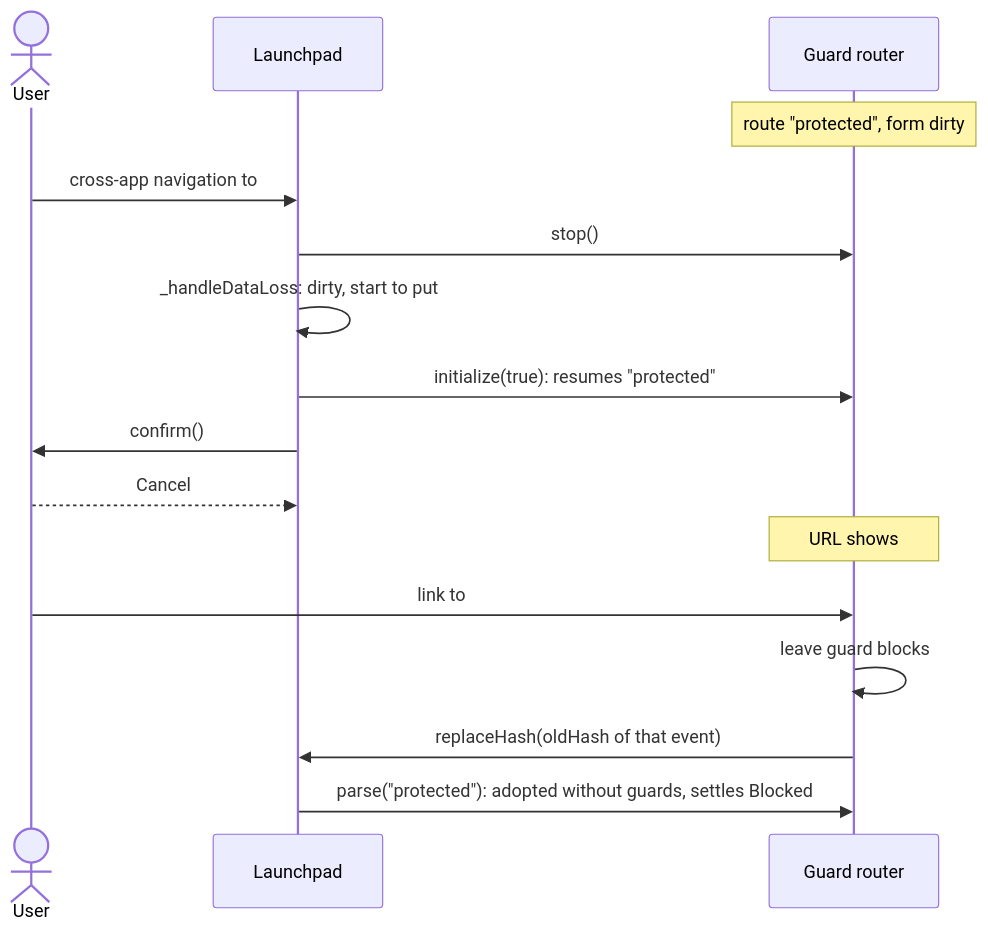
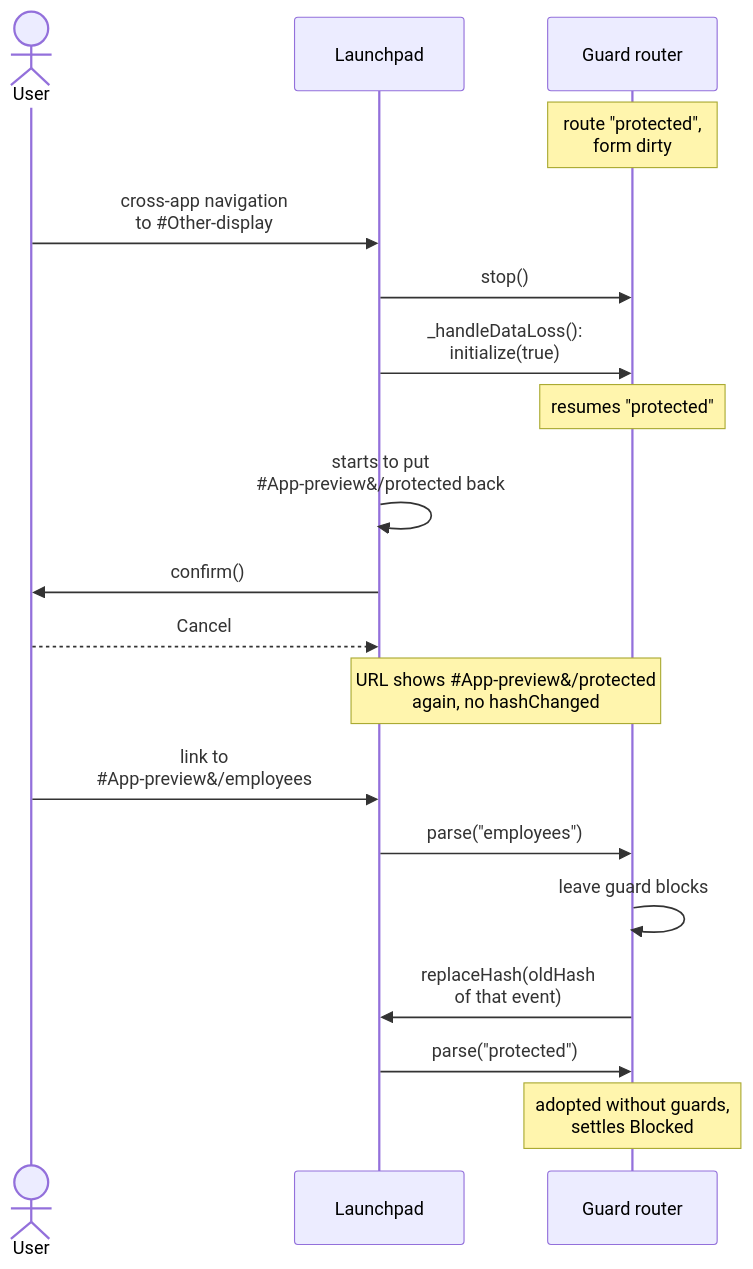
Before and after one commit to wridgeu/ui5-lib-guard-router: the eighth of 12 diagrams in docs/reference/architecture.md, drawn with Mermaid. The commit also changed other lines of this file and 6 other files, not shown here.

First line of the commit message:
docs: draw the diagrams narrow, one case each, and colour the overview

````diff
--- a/docs/reference/architecture.md
+++ b/docs/reference/architecture.md
@@ -853,18 +841,21 @@
 ```mermaid
 sequenceDiagram
     actor User
     participant Shell as Launchpad
     participant Router as Guard router
-    Note over Router: route "protected", form dirty
-    User->>Shell: cross-app navigation to #Other-display
+    Note over Router: route "protected",<br/>form dirty
+    User->>Shell: cross-app navigation<br/>to #35;Other-display
     Shell->>Router: stop()
-    Shell->>Shell: _handleDataLoss: dirty, start to put #App-preview&/protected back
-    Shell->>Router: initialize(true): resumes "protected"
+    Shell->>Router: _handleDataLoss():<br/>initialize(true)
+    Note over Router: resumes "protected"
+    Shell->>Shell: starts to put<br/>#35;App-preview&/protected back
     Shell->>User: confirm()
     User-->>Shell: Cancel
-    Note over Router: URL shows #App-preview&/protected again, no hashChanged
-    User->>Router: link to #App-preview&/employees: parse("employees")
+    Note over Shell,Router: URL shows #35;App-preview&/protected<br/>again, no hashChanged
+    User->>Shell: link to<br/>#35;App-preview&/employees
+    Shell->>Router: parse("employees")
     Router->>Router: leave guard blocks
-    Router->>Shell: replaceHash(oldHash of that event)
-    Shell->>Router: parse("protected"): adopted without guards, settles Blocked
+    Router->>Shell: replaceHash(oldHash<br/>of that event)
+    Shell->>Router: parse("protected")
+    Note over Router: adopted without guards,<br/>settles Blocked
 ```
````
